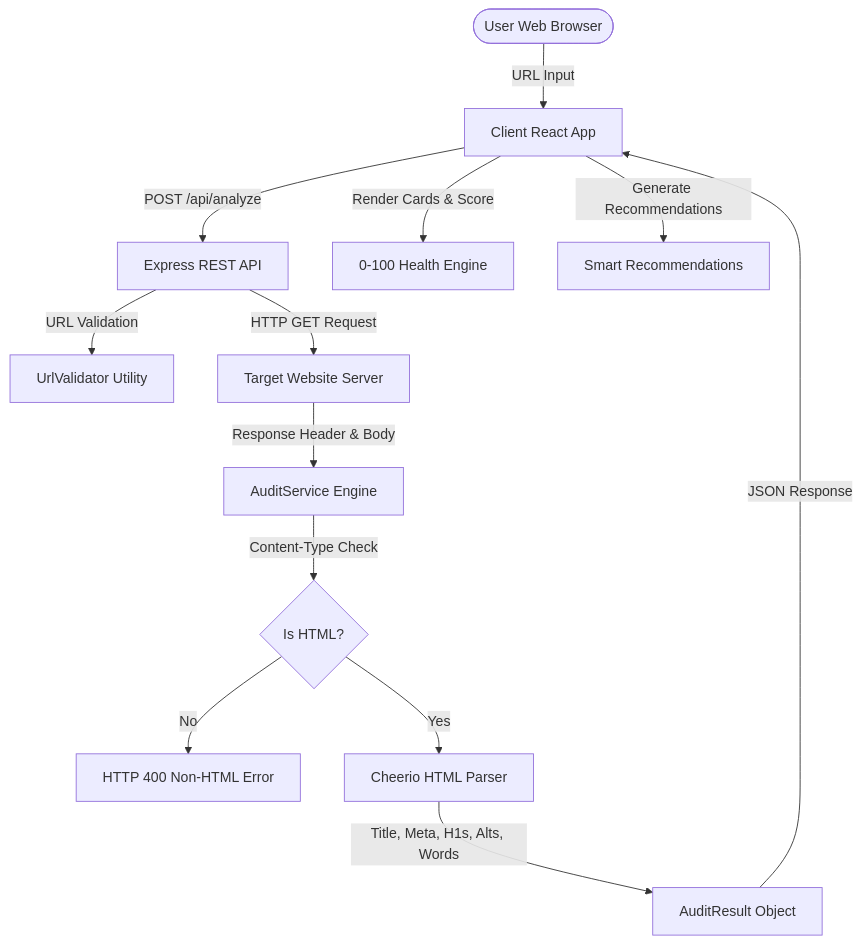
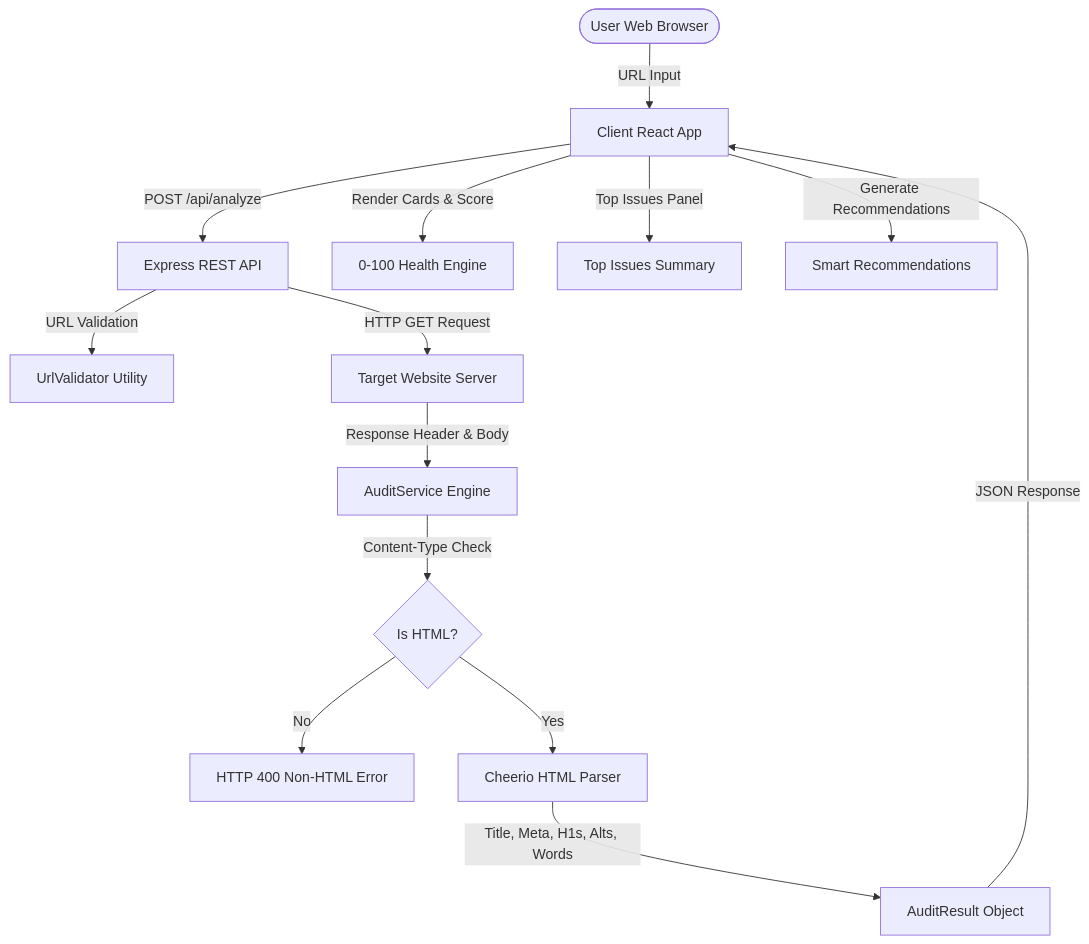
The diagram in README.md (manya041/PagePlus), drawn with Mermaid before and after one commit. The commit also changed other lines of this file and 10 other files, not shown here.

Commit message:
feat: complete final UX polish with Top Issues summary panel, JSON API docs tab, SearchCheck favicon, and 10 screenshot placeholders

````diff
--- a/README.md
+++ b/README.md
@@ -82,15 +98,16 @@
 ```mermaid
 graph TD
     User([User Web Browser]) -->|URL Input| ReactApp[Client React App]
     ReactApp -->|POST /api/analyze| ExpressAPI[Express REST API]
     ExpressAPI -->|URL Validation| Validator[UrlValidator Utility]
     ExpressAPI -->|HTTP GET Request| TargetWeb[Target Website Server]
     TargetWeb -->|Response Header & Body| AuditService[AuditService Engine]
     AuditService -->|Content-Type Check| HTMLCheck{Is HTML?}
     HTMLCheck -- No --> ErrorRes[HTTP 400 Non-HTML Error]
     HTMLCheck -- Yes --> Parser[Cheerio HTML Parser]
     Parser -->|Title, Meta, H1s, Alts, Words| Metrics[AuditResult Object]
     Metrics -->|JSON Response| ReactApp
     ReactApp -->|Render Cards & Score| HealthScore[0-100 Health Engine]
+    ReactApp -->|Top Issues Panel| TopIssues[Top Issues Summary]
     ReactApp -->|Generate Recommendations| Recommendations[Smart Recommendations]
 ```
````
